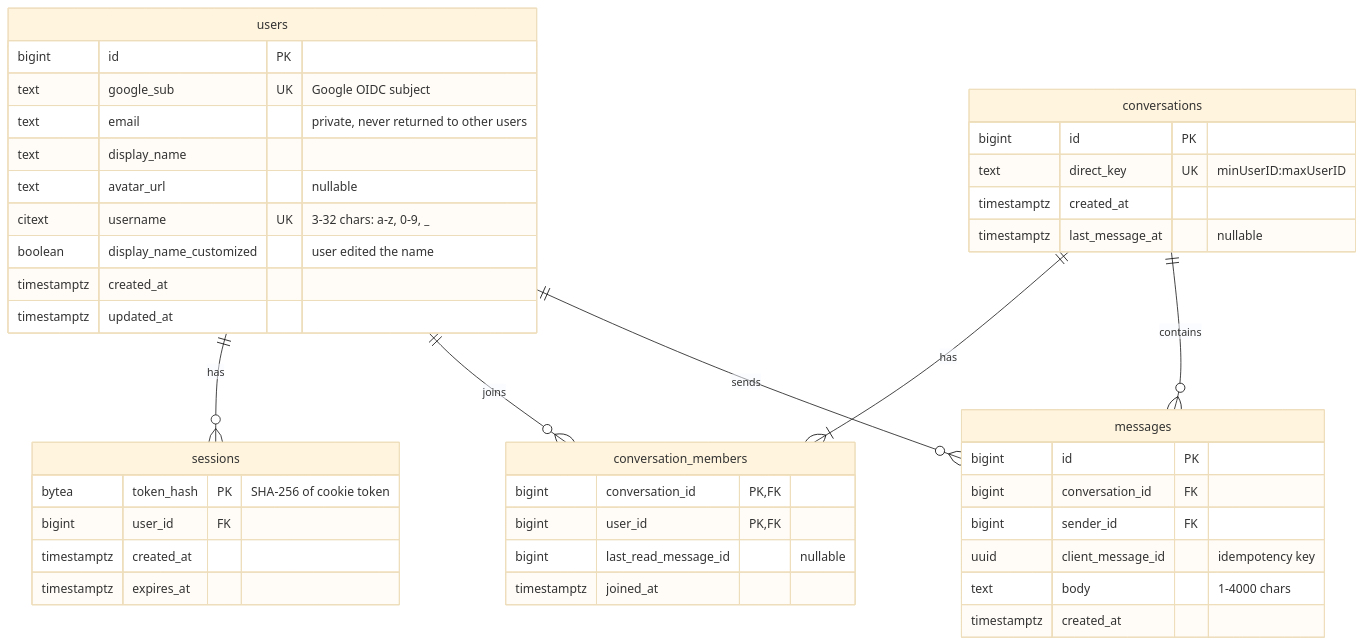
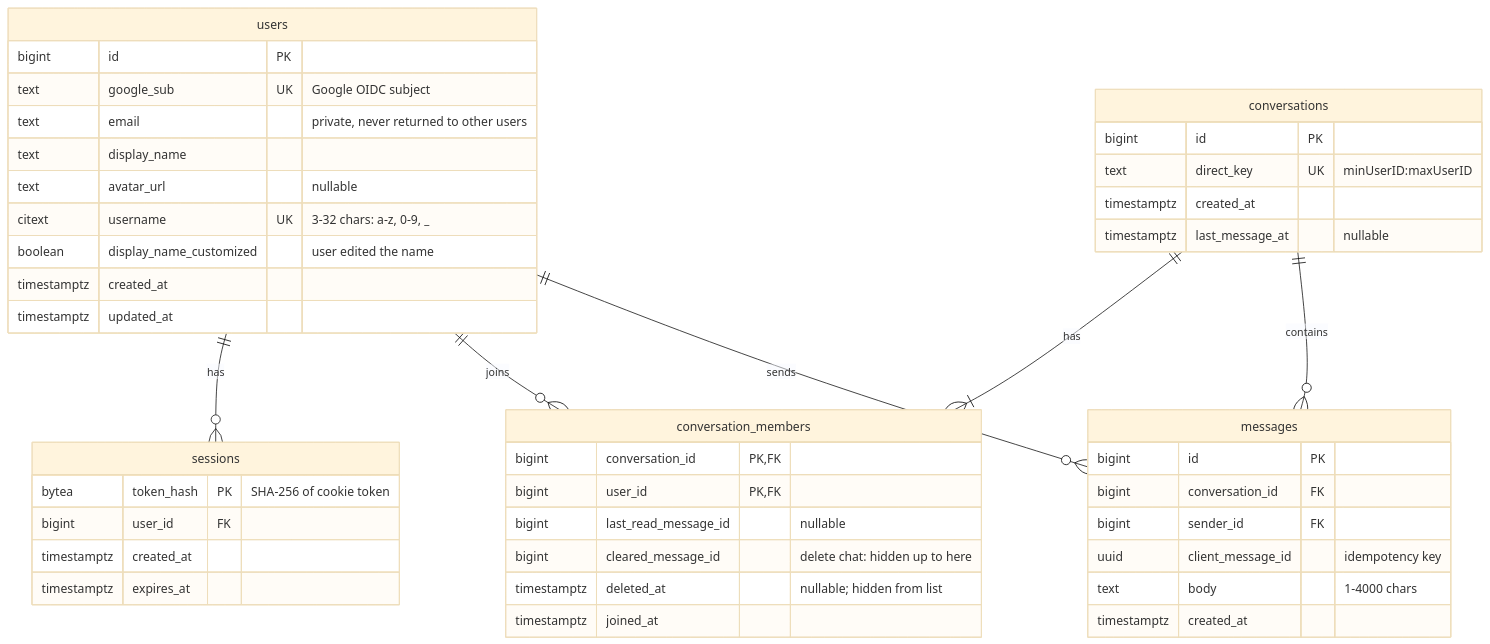
Before and after one commit to tosrv/personal-messenger: the diagram in docs/database.md, drawn with Mermaid (base theme). The commit also changed other lines of this file and 16 other files, not shown here.

Commit message:
feat: implement "delete chat" functionality for users, including UI confirmation and related tests

````diff
--- a/docs/database.md
+++ b/docs/database.md
@@ -7,46 +7,48 @@
 ```mermaid
 erDiagram
     users ||--o{ sessions : "has"
     users ||--o{ conversation_members : "joins"
     conversations ||--|{ conversation_members : "has"
     conversations ||--o{ messages : "contains"
     users ||--o{ messages : "sends"
 
     users {
         bigint id PK
         text google_sub UK "Google OIDC subject"
         text email "private, never returned to other users"
         text display_name
         text avatar_url "nullable"
         citext username UK "3-32 chars: a-z, 0-9, _"
         boolean display_name_customized "user edited the name"
         timestamptz created_at
         timestamptz updated_at
     }
     sessions {
         bytea token_hash PK "SHA-256 of cookie token"
         bigint user_id FK
         timestamptz created_at
         timestamptz expires_at
     }
     conversations {
         bigint id PK
         text direct_key UK "minUserID:maxUserID"
         timestamptz created_at
         timestamptz last_message_at "nullable"
     }
     conversation_members {
         bigint conversation_id PK, FK
         bigint user_id PK, FK
         bigint last_read_message_id "nullable"
+        bigint cleared_message_id "delete chat: hidden up to here"
+        timestamptz deleted_at "nullable; hidden from list"
         timestamptz joined_at
     }
     messages {
         bigint id PK
         bigint conversation_id FK
         bigint sender_id FK
         uuid client_message_id "idempotency key"
         text body "1-4000 chars"
         timestamptz created_at
     }
 ```
````
